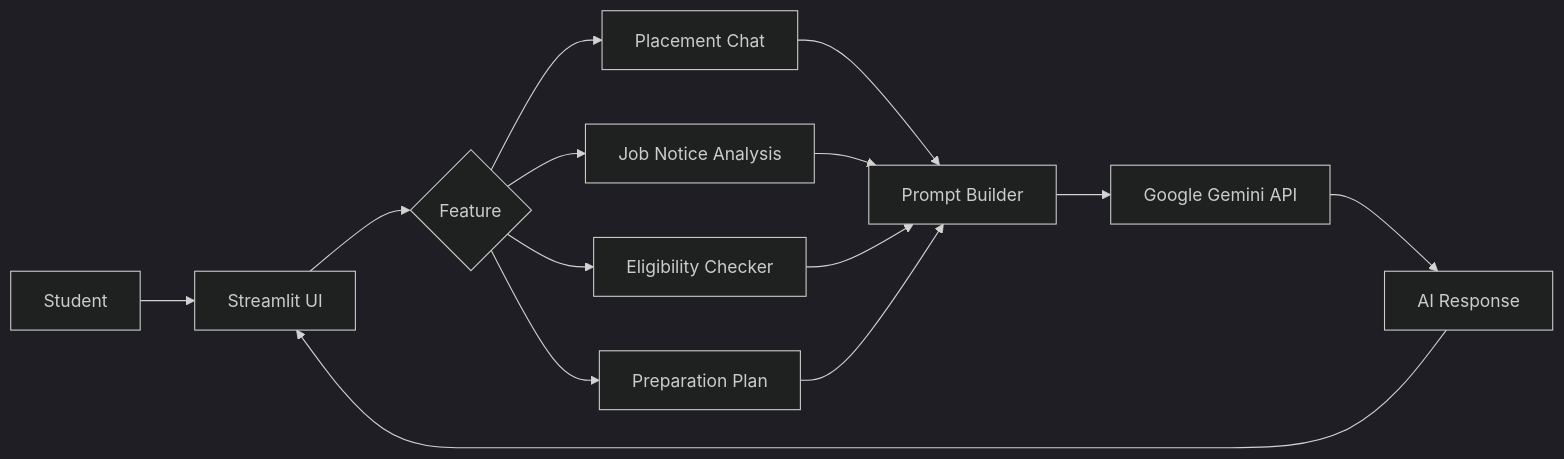
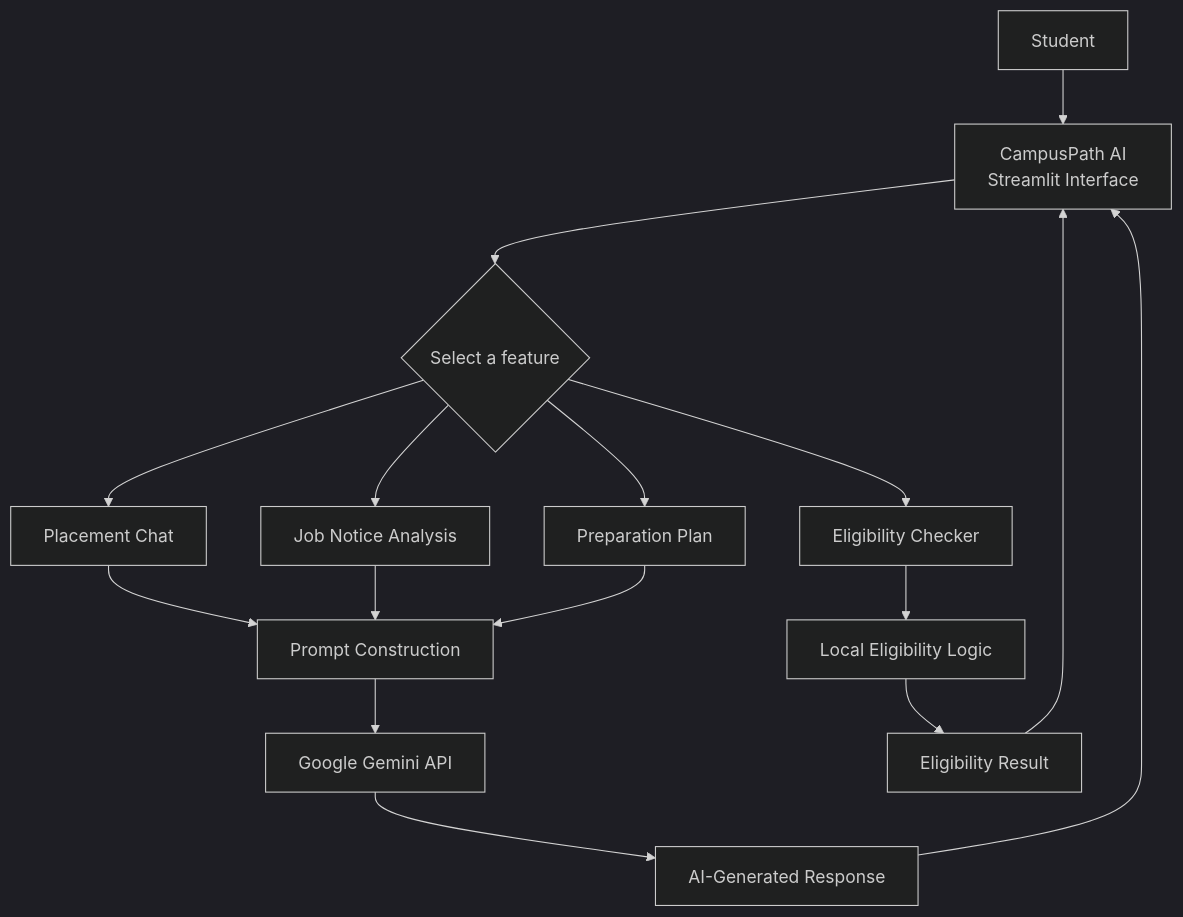
One commit to SAI-GODGE/CampusPath-AI changed the diagram in README.md. Above: the diagram before and after it, drawn with Mermaid (dark theme). The commit also changed other lines of this file, not shown here.

````diff
--- a/README.md
+++ b/README.md
@@ -84,13 +82,24 @@
 ```mermaid
-flowchart LR
-    A[Student] --> B[Streamlit UI]
-    B --> C{Feature}
-    C --> D[Placement Chat]
-    C --> E[Job Notice Analysis]
-    C --> F[Eligibility Checker]
-    C --> G[Preparation Plan]
-    D & E & F & G --> H[Prompt Builder]
-    H --> I[Google Gemini API]
-    I --> J[AI Response]
+flowchart TD
+    A["Student"] --> B["CampusPath AI<br/>Streamlit Interface"]
+
+    B --> C{"Select a feature"}
+
+    C --> D["Placement Chat"]
+    C --> E["Job Notice Analysis"]
+    C --> F["Eligibility Checker"]
+    C --> G["Preparation Plan"]
+
+    D --> H["Prompt Construction"]
+    E --> H
+    G --> H
+
+    H --> I["Google Gemini API"]
+    I --> J["AI-Generated Response"]
+
+    F --> K["Local Eligibility Logic"]
+    K --> L["Eligibility Result"]
+
     J --> B
+    L --> B
 ```
````
